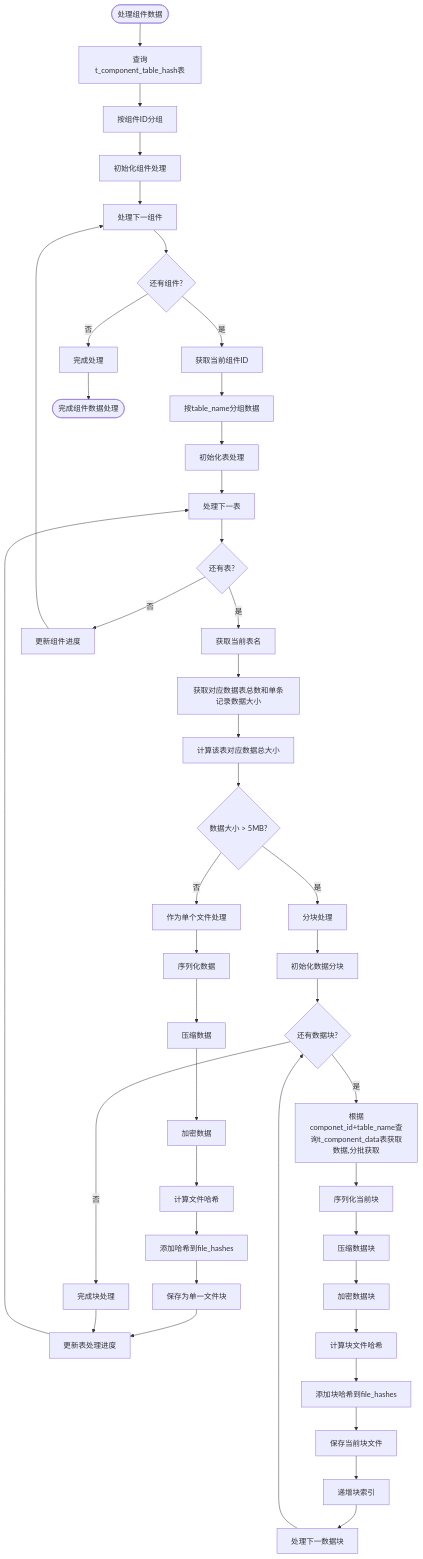
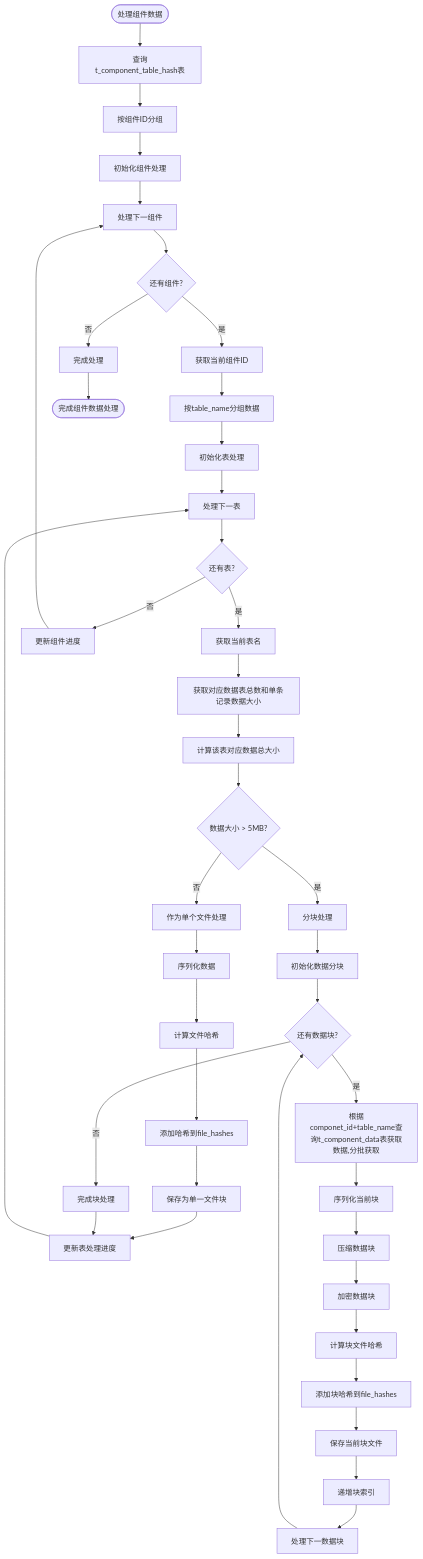
The diagram in all/未命名-60.md (yingjianzh/iodraw-files), drawn with Mermaid before and after one commit.

Commit message:
2025-05-15 15:05:37 update

````diff
--- a/all/未命名-60.md
+++ b/all/未命名-60.md
@@ -1,62 +1,60 @@
 ```mermaid
 
 flowchart TD
     Start([处理组件数据]) --> QueryDB[查询t_component_table_hash表]
     QueryDB --> GroupByComp[按组件ID分组]
     GroupByComp --> InitCompProcess[初始化组件处理]
     
     InitCompProcess --> ProcessNextComp[处理下一组件]
     ProcessNextComp --> MoreComps{还有组件?}
     MoreComps -->|否| CompleteProcess[完成处理]
     MoreComps -->|是| GetCompID[获取当前组件ID]
     
     GetCompID --> GroupByTable[按table_name分组数据]
     GroupByTable --> InitTableProcess[初始化表处理]
     
     InitTableProcess --> ProcessNextTable[处理下一表]
     ProcessNextTable --> MoreTables{还有表?}
 
 
     MoreTables -->|是| GetTableName[获取当前表名]
     MoreTables -->|否| UpdateCompProgress[更新组件进度]
     
     UpdateCompProgress --> ProcessNextComp
     
     GetTableName --> CheckDataSize[获取对应数据表总数和单条记录数据大小]
     CheckDataSize --> TotalSize[计算该表对应数据总大小]
 
     TotalSize --> DataSize{数据大小 > 5MB?}
    
     DataSize -->|否| ProcessSingleFile[作为单个文件处理]
     DataSize -->|是| ProcessMultipleChunks[分块处理]
 
     ProcessMultipleChunks --> InitChunks[初始化数据分块]
     InitChunks --> MoreChunks{还有数据块?}
     MoreChunks -->|是| QueryTableData[根据componet_id+table_name查询t_component_data表获取数据,分批获取]
     MoreChunks -->|否| CompleteChunks[完成块处理]
     
     ProcessSingleFile --> SerializeData[序列化数据]
-    SerializeData --> CompressData[压缩数据]
-    CompressData --> EncryptData[加密数据]
-    EncryptData --> CalcFileHash[计算文件哈希]
+    SerializeData --> CalcFileHash[计算文件哈希]
     CalcFileHash --> AddToFileHashes[添加哈希到file_hashes]
     AddToFileHashes --> SaveSingleFile[保存为单一文件块]
     SaveSingleFile --> UpdateTableProgress[更新表处理进度]
     
     
     QueryTableData --> SerializeChunk[序列化当前块]
     SerializeChunk --> CompressChunk[压缩数据块]
     CompressChunk --> EncryptChunk[加密数据块]
     EncryptChunk --> CalcChunkHash[计算块文件哈希]
     CalcChunkHash --> AddChunkHash[添加块哈希到file_hashes]
     AddChunkHash --> SaveCurrentData[保存当前块文件]
     SaveCurrentData --> IncrementChunkIndex[递增块索引]
     IncrementChunkIndex --> ProcessNextChunk[处理下一数据块]
     ProcessNextChunk --> MoreChunks
     
     CompleteChunks --> UpdateTableProgress
     UpdateTableProgress --> ProcessNextTable
     
     CompleteProcess --> End([完成组件数据处理])
 
 ```
````
